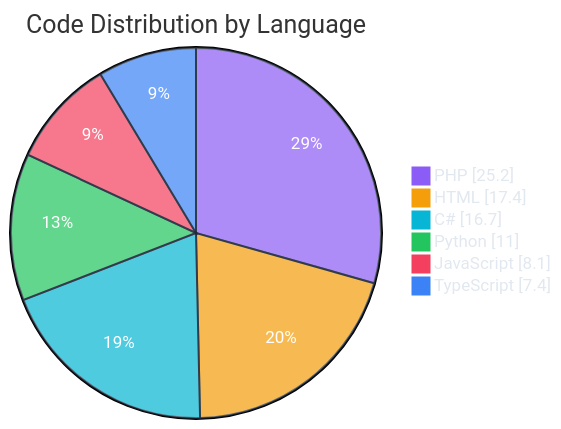
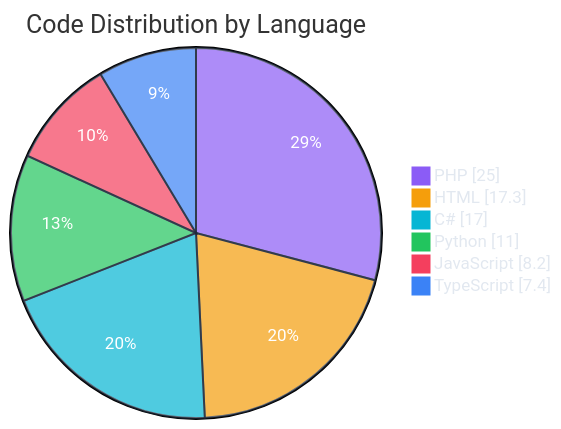
Before and after one commit to polo-nyan/polo-nyan: the second of 7 diagrams in README.md, drawn with Mermaid. The commit also changed other lines of this file and 1 other file, not shown here.

````diff
--- a/README.md
+++ b/README.md
@@ -229,11 +229,11 @@
 ```mermaid
 %%{init: {"theme": "base", "themeVariables": { "pie1": "#8b5cf6", "pie2": "#f59e0b", "pie3": "#06b6d4", "pie4": "#22c55e", "pie5": "#f43f5e", "pie6": "#3b82f6", "pie7": "#ec4899", "pieTextColor": "#ffffff", "pieLegendTextColor": "#e2e8f0", "pieSectionTextColor": "#ffffff", "pieStrokeColor": "#1e293b" }}}%%
 pie showData
     title Code Distribution by Language
-    "PHP" : 25.2
-    "HTML" : 17.4
-    "C#" : 16.7
+    "PHP" : 25.0
+    "HTML" : 17.3
+    "C#" : 17.0
     "Python" : 11.0
-    "JavaScript" : 8.1
+    "JavaScript" : 8.2
     "TypeScript" : 7.4
 ```
````
